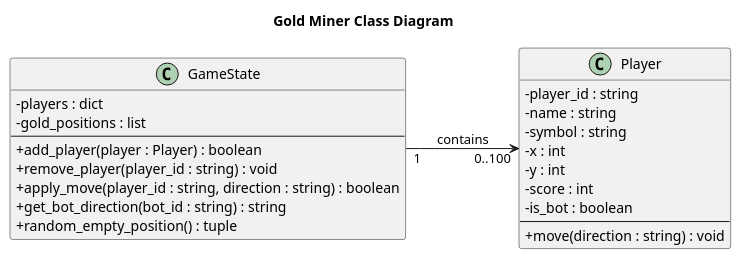
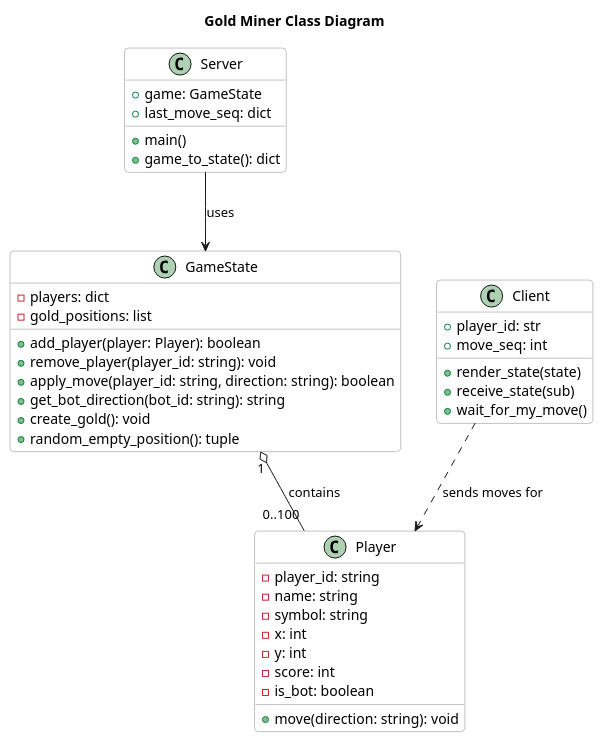
One commit to prajitabhandari1234/COIT13229-Applied-Distributed-Systems-Assignment-2 changed the diagram in plantuml code/classDiagram.puml. Above: the diagram before and after it, drawn with PlantUML.

Commit message:
Update class diagram

```diff
--- a/plantuml code/classDiagram.puml
+++ b/plantuml code/classDiagram.puml
@@ -1,32 +1,48 @@
 @startuml
+skinparam classBackgroundColor #FFFFFF
+skinparam classBorderColor #888780
+skinparam roundcorner 8
+
 title Gold Miner Class Diagram
 
-skinparam classAttributeIconSize 0
-left to right direction
+class Server {
+  +game: GameState
+  +last_move_seq: dict
+  +main()
+  +game_to_state(): dict
+}
 
 class GameState {
-  - players : dict
-  - gold_positions : list
-  --
-  + add_player(player : Player) : boolean
-  + remove_player(player_id : string) : void
-  + apply_move(player_id : string, direction : string) : boolean
-  + get_bot_direction(bot_id : string) : string
-  + random_empty_position() : tuple
+  -players: dict
+  -gold_positions: list
+  +add_player(player: Player): boolean
+  +remove_player(player_id: string): void
+  +apply_move(player_id: string, direction: string): boolean
+  +get_bot_direction(bot_id: string): string
+  +create_gold(): void
+  +random_empty_position(): tuple
+}
+
+class Client {
+  +player_id: str
+  +move_seq: int
+  +render_state(state)
+  +receive_state(sub)
+  +wait_for_my_move()
 }
 
 class Player {
-  - player_id : string
-  - name : string
-  - symbol : string
-  - x : int
-  - y : int
-  - score : int
-  - is_bot : boolean
-  --
-  + move(direction : string) : void
+  -player_id: string
+  -name: string
+  -symbol: string
+  -x: int
+  -y: int
+  -score: int
+  -is_bot: boolean
+  +move(direction: string): void
 }
 
-GameState "1" --> "0..100" Player : contains
-
+Server --> GameState : uses
+GameState "1" o-- "0..100" Player : contains
+Client ..> Player : sends moves for
 @enduml
```
